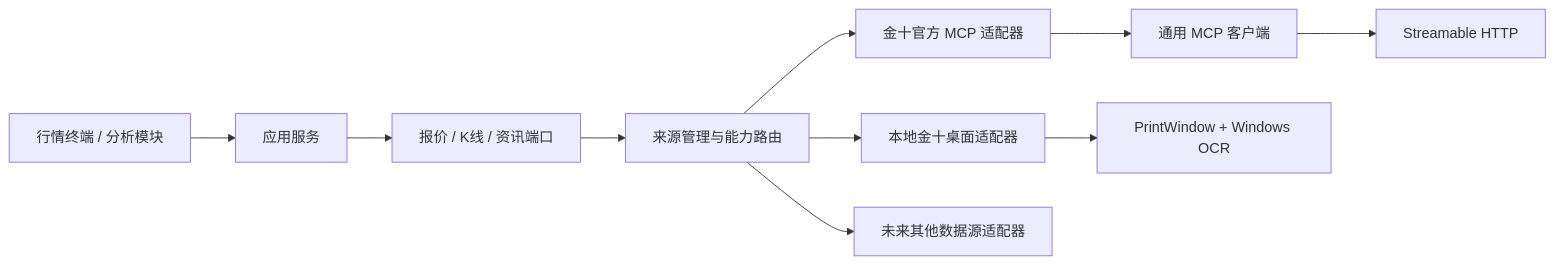
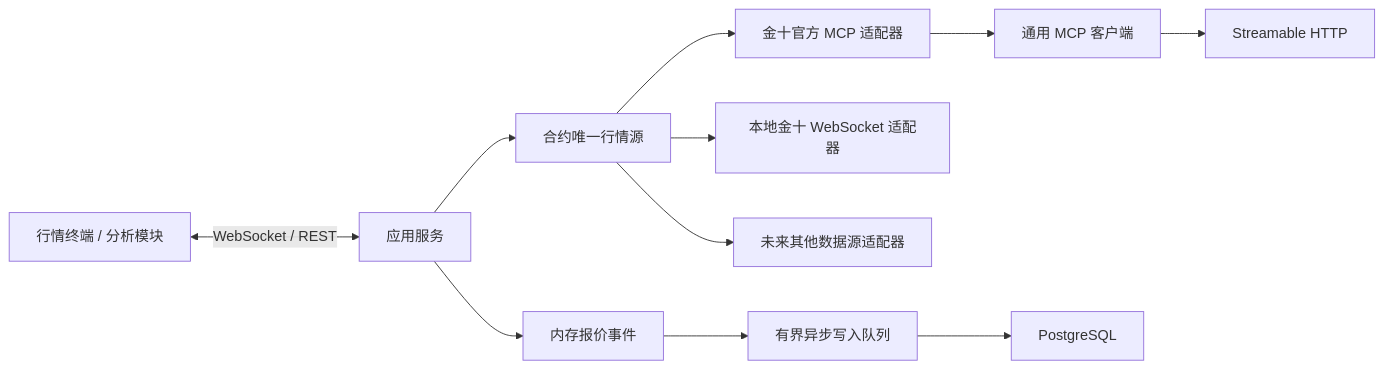
Before and after one commit to Daniel9572/TraceFang: the diagram in docs/architecture.md, drawn with Mermaid. The commit also changed other lines of this file and 4 other files, not shown here.

````diff
--- a/docs/architecture.md
+++ b/docs/architecture.md
@@ -7,12 +15,13 @@
 ```mermaid
 flowchart LR
-    UI["行情终端 / 分析模块"] --> S["应用服务"]
-    S --> P["报价 / K线 / 资讯端口"]
-    P --> R["来源管理与能力路由"]
+    UI["行情终端 / 分析模块"] <-->|"WebSocket / REST"| S["应用服务"]
+    S --> R["合约唯一行情源"]
     R --> JM["金十官方 MCP 适配器"]
-    R --> JD["本地金十桌面适配器"]
+    R --> JD["本地金十 WebSocket 适配器"]
     R --> O["未来其他数据源适配器"]
     JM --> M["通用 MCP 客户端"]
     M --> H["Streamable HTTP"]
-    JD --> W["PrintWindow + Windows OCR"]
+    S --> B["内存报价事件"]
+    B --> Q["有界异步写入队列"]
+    Q --> PG["PostgreSQL"]
 ```
````
